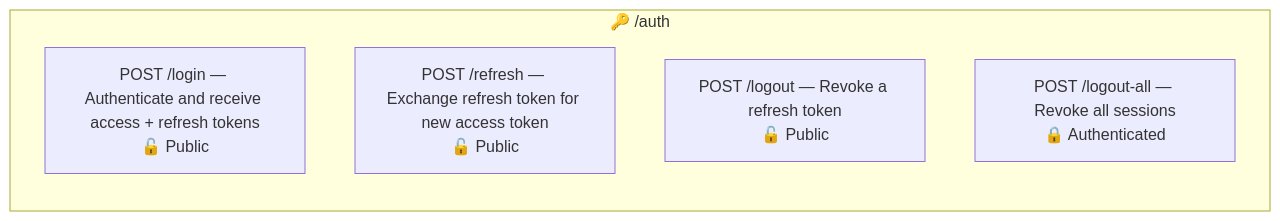
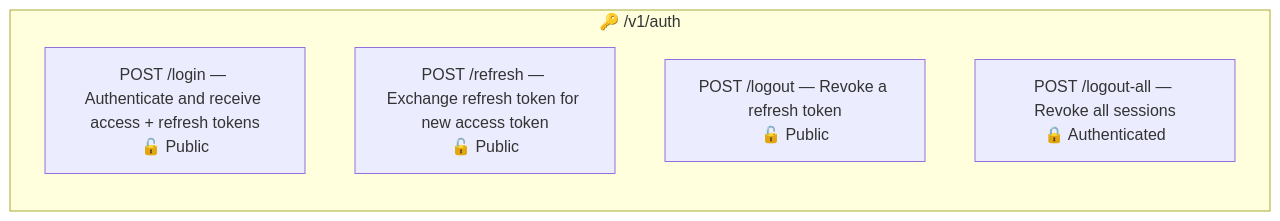
The second of 7 diagrams in src/main/java/br/org/catolicasc/pug/identity/README.md (Plataforma-Universidade-Gratuita/pug-service), drawn with Mermaid before and after one commit. The commit also changed other lines of this file and 137 other files, not shown here.

````diff
--- a/src/main/java/br/org/catolicasc/pug/identity/README.md
+++ b/src/main/java/br/org/catolicasc/pug/identity/README.md
@@ -96,10 +96,10 @@
 ```mermaid
 graph LR
-    subgraph Auth["🔑 /auth"]
+    subgraph Auth["🔑 /v1/auth"]
         direction TB
         POST_LOGIN["POST /login — Authenticate and receive access + refresh tokens<br/>🔓 Public"]
         POST_REFRESH["POST /refresh — Exchange refresh token for new access token<br/>🔓 Public"]
         POST_LOGOUT["POST /logout — Revoke a refresh token<br/>🔓 Public"]
         POST_LOGOUT_ALL["POST /logout-all — Revoke all sessions<br/>🔒 Authenticated"]
     end
 ```
````
